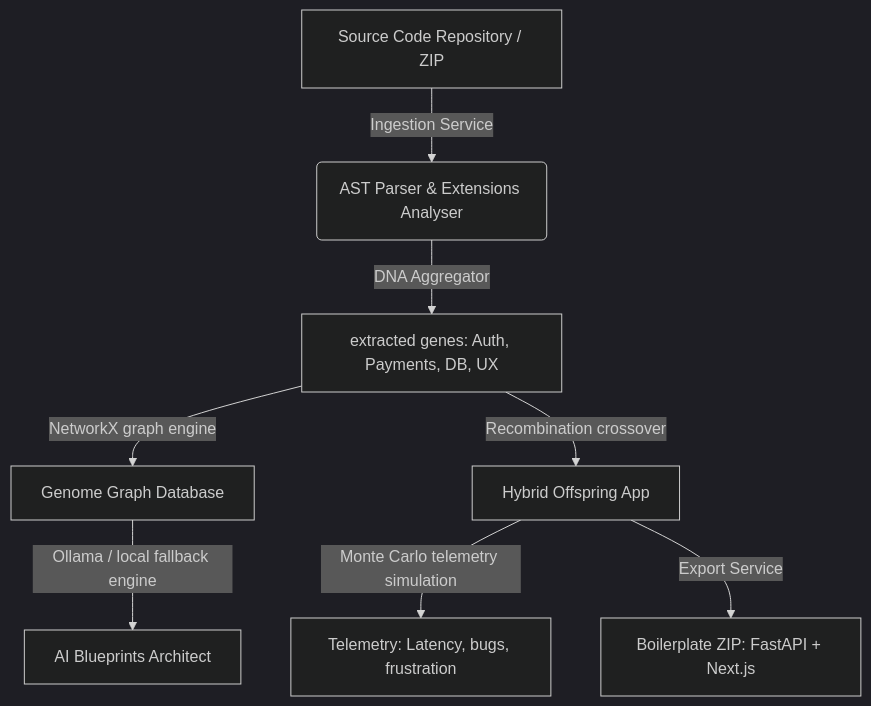
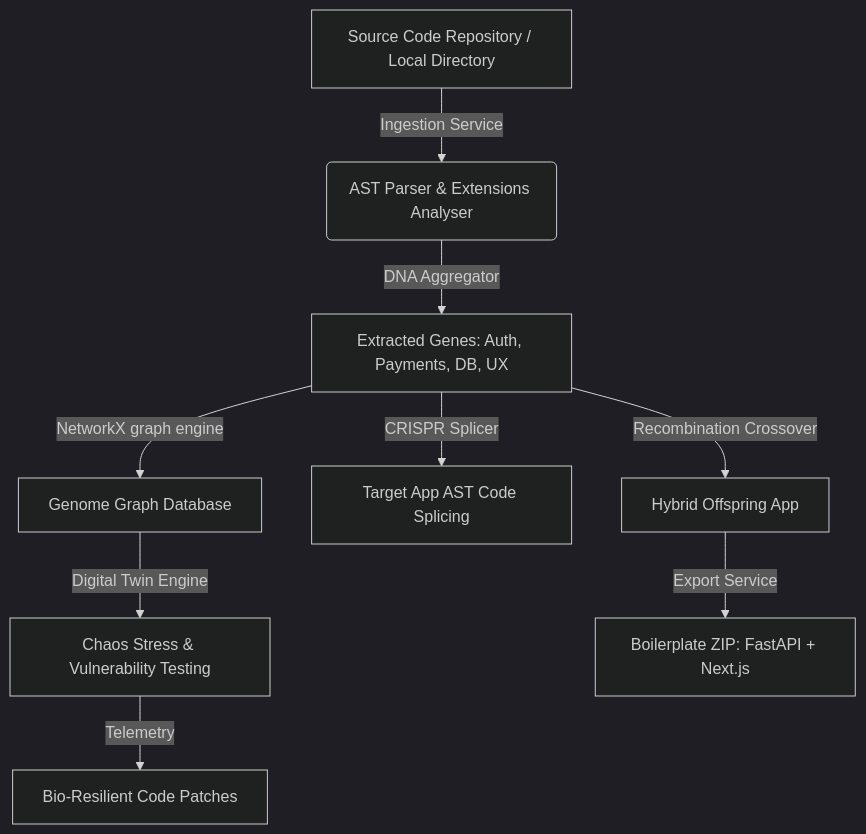
Before and after one commit to vijaymahes9080/Universal-Application-Genome: the diagram in README.md, drawn with Mermaid (dark theme). The commit also changed other lines of this file and 2 other files, not shown here.

Commit message:
docs: add MIT LICENSE, update .gitignore, and expand README for CRISPR Splicer and Digital Twin Chaos engine

````diff
--- a/README.md
+++ b/README.md
@@ -15,11 +20,13 @@
 ```mermaid
 graph TD
-    A[Source Code Repository / ZIP] -->|Ingestion Service| B(AST Parser & Extensions Analyser)
-    B -->|DNA Aggregator| C[extracted genes: Auth, Payments, DB, UX]
+    A[Source Code Repository / Local Directory] -->|Ingestion Service| B(AST Parser & Extensions Analyser)
+    B -->|DNA Aggregator| C[Extracted Genes: Auth, Payments, DB, UX]
     C -->|NetworkX graph engine| D[Genome Graph Database]
-    D -->|Ollama / local fallback engine| E[AI Blueprints Architect]
     
-    C -->|Recombination crossover| F[Hybrid Offspring App]
-    F -->|Monte Carlo telemetry simulation| G[Telemetry: Latency, bugs, frustration]
-    F -->|Export Service| H[Boilerplate ZIP: FastAPI + Next.js]
+    C -->|CRISPR Splicer| E[Target App AST Code Splicing]
+    D -->|Digital Twin Engine| F[Chaos Stress & Vulnerability Testing]
+    C -->|Recombination Crossover| G[Hybrid Offspring App]
+    
+    F -->|Telemetry| H[Bio-Resilient Code Patches]
+    G -->|Export Service| I[Boilerplate ZIP: FastAPI + Next.js]
 ```
````
